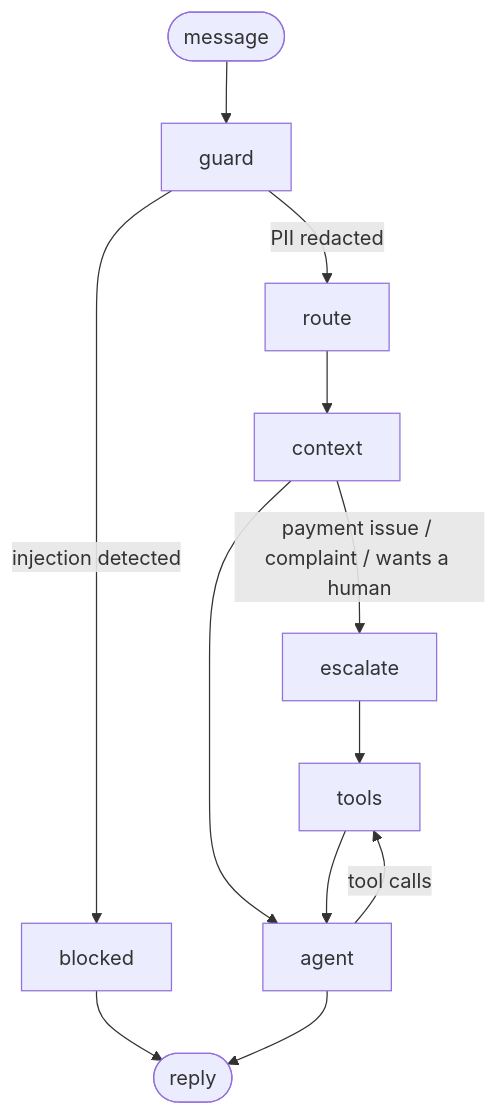
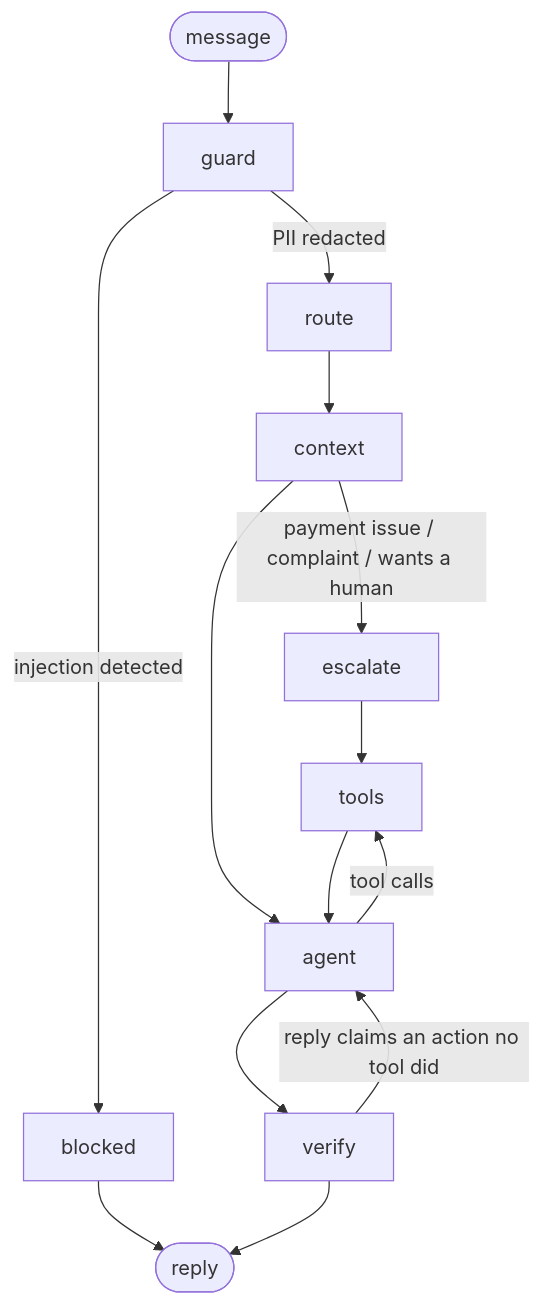
One commit to rama-kata/support-agent changed the diagram in README.md. Above: the diagram before and after it, drawn with Mermaid. The commit also changed other lines of this file, not shown here.

````diff
--- a/README.md
+++ b/README.md
@@ -22,11 +37,13 @@
 ```mermaid
 graph TD
     START([message]) --> guard
     guard -->|injection detected| blocked --> END([reply])
     guard -->|PII redacted| route
     route --> context
     context -->|payment issue / complaint / wants a human| escalate --> tools
     context --> agent
     agent -->|tool calls| tools --> agent
-    agent --> END
+    agent --> verify
+    verify -->|reply claims an action no tool did| agent
+    verify --> END
 ```
````
